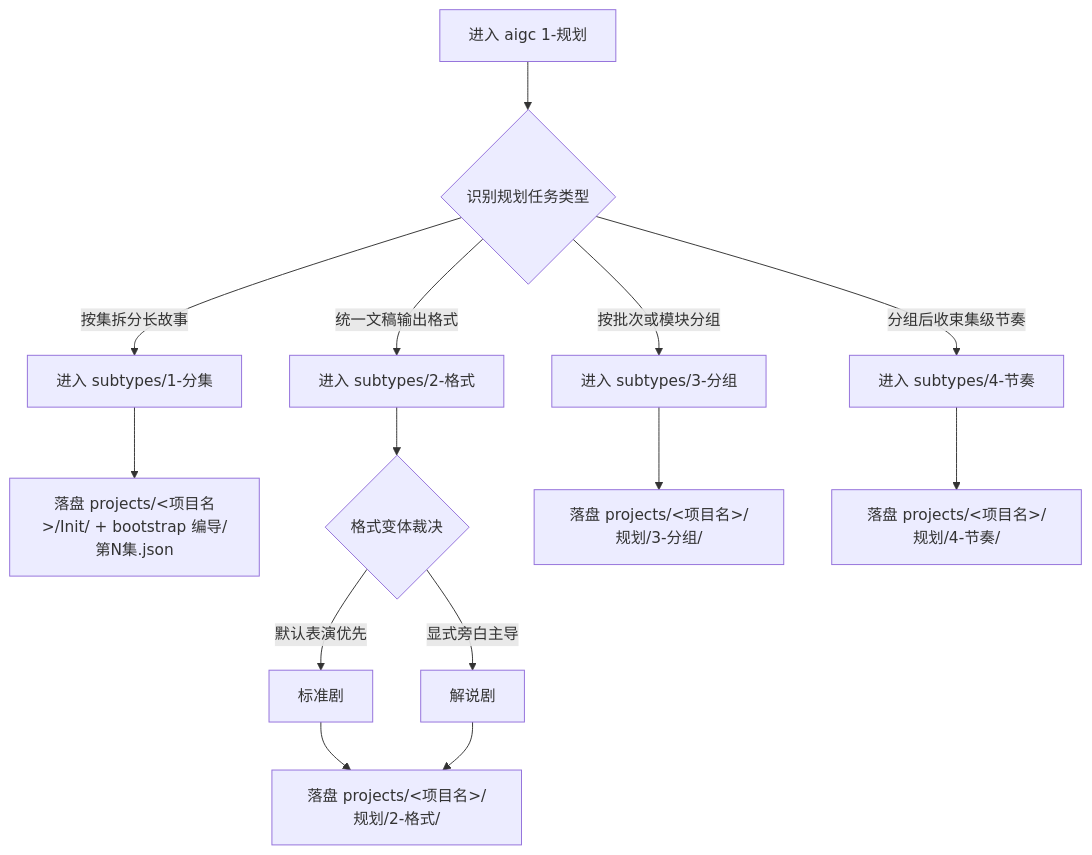
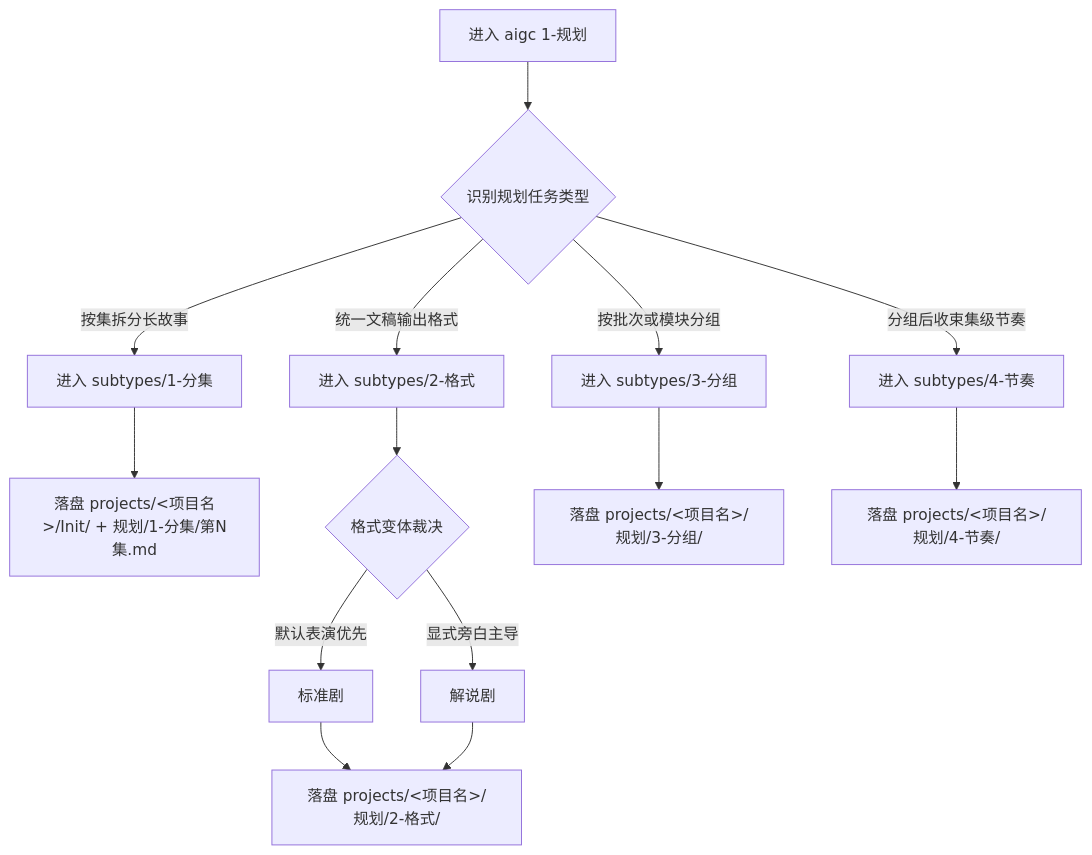
Before and after one commit to ZEN-VOID/AI-CUT: the first of 2 diagrams in .agents/skills/aigc/1-规划/SKILL.md, drawn with Mermaid. The commit also changed other lines of this file and 54 other files, not shown here.

````diff
--- a/.agents/skills/aigc/1-规划/SKILL.md
+++ b/.agents/skills/aigc/1-规划/SKILL.md
@@ -75,16 +83,16 @@
 ```mermaid
 flowchart TD
     A["进入 aigc 1-规划"] --> B{"识别规划任务类型"}
     B -->|"按集拆分长故事"| C["进入 subtypes/1-分集"]
     B -->|"统一文稿输出格式"| D["进入 subtypes/2-格式"]
     B -->|"按批次或模块分组"| E["进入 subtypes/3-分组"]
     B -->|"分组后收束集级节奏"| F["进入 subtypes/4-节奏"]
-    C --> C1["落盘 projects/<项目名>/Init/ + bootstrap 编导/第N集.json"]
+    C --> C1["落盘 projects/<项目名>/Init/ + 规划/1-分集/第N集.md"]
     D --> D1{"格式变体裁决"}
     D1 -->|"默认表演优先"| D2["标准剧"]
     D1 -->|"显式旁白主导"| D3["解说剧"]
     D2 --> G["落盘 projects/<项目名>/规划/2-格式/"]
     D3 --> G
     E --> H["落盘 projects/<项目名>/规划/3-分组/"]
     F --> I["落盘 projects/<项目名>/规划/4-节奏/"]
 ```
````
